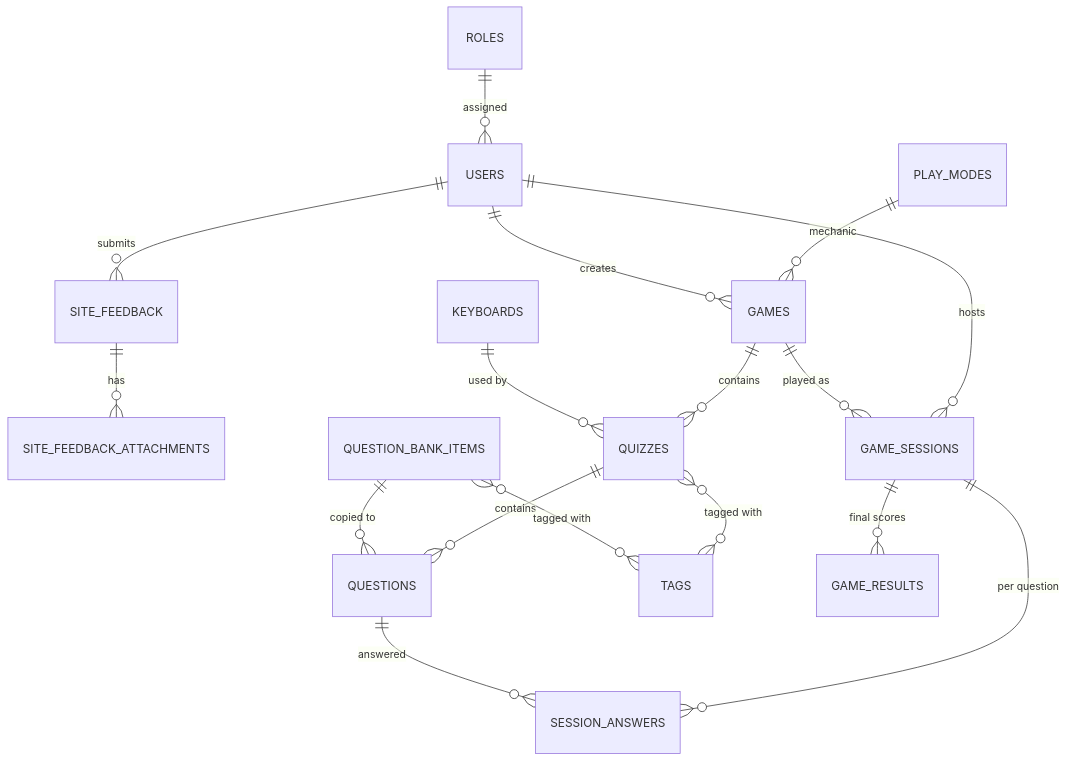
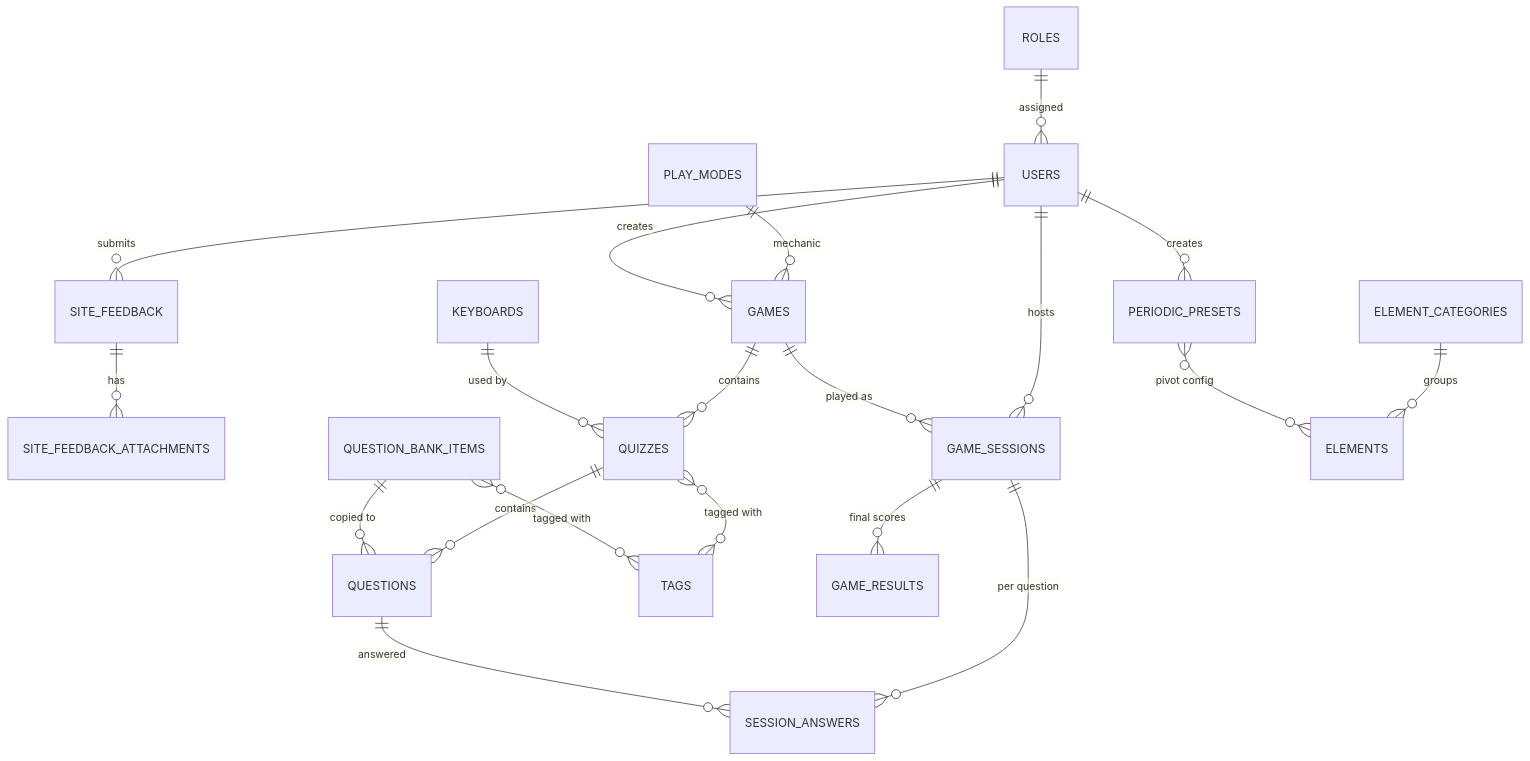
Before and after one commit to nghiadvt/thay-dat-chemistry-learning: the diagram in docs/DATA_MODEL.md, drawn with Mermaid. The commit also changed other lines of this file and 92 other files, not shown here.

````diff
--- a/docs/DATA_MODEL.md
+++ b/docs/DATA_MODEL.md
@@ -12,19 +12,22 @@
 ```mermaid
 erDiagram
   ROLES ||--o{ USERS : "assigned"
   USERS ||--o{ SITE_FEEDBACK : submits
   SITE_FEEDBACK ||--o{ SITE_FEEDBACK_ATTACHMENTS : has
   PLAY_MODES ||--o{ GAMES : "mechanic"
   USERS ||--o{ GAMES : creates
   USERS ||--o{ GAME_SESSIONS : hosts
+  USERS ||--o{ PERIODIC_PRESETS : creates
   GAMES ||--o{ QUIZZES : contains
   KEYBOARDS ||--o{ QUIZZES : "used by"
   QUIZZES ||--o{ QUESTIONS : contains
   QUIZZES }o--o{ TAGS : "tagged with"
   QUESTION_BANK_ITEMS }o--o{ TAGS : "tagged with"
   QUESTION_BANK_ITEMS ||--o{ QUESTIONS : "copied to"
   GAMES ||--o{ GAME_SESSIONS : "played as"
   GAME_SESSIONS ||--o{ GAME_RESULTS : "final scores"
   GAME_SESSIONS ||--o{ SESSION_ANSWERS : "per question"
   QUESTIONS ||--o{ SESSION_ANSWERS : answered
+  ELEMENT_CATEGORIES ||--o{ ELEMENTS : "groups"
+  PERIODIC_PRESETS }o--o{ ELEMENTS : "pivot config"
 ```
````
